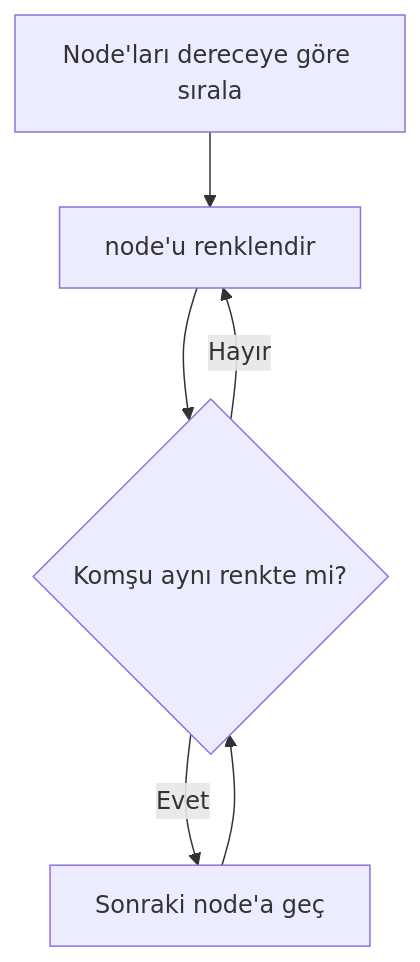
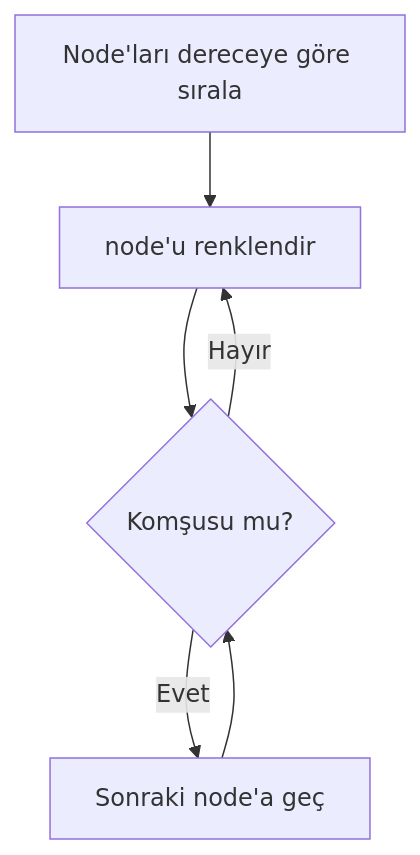
One commit to sertcozdemir/sosyal_graph_proje changed the fifth of 5 diagrams in README.md. Above: the diagram before and after it, drawn with Mermaid.

````diff
--- a/README.md
+++ b/README.md
@@ -96,9 +96,9 @@
 ```mermaid
 flowchart TD
     A[Node'ları dereceye göre sırala]
     A --> B[ node'u renklendir]
-    B --> C{Komşu aynı renkte mi?}
+    B --> C{Komşusu  mu?}
     C -->|Hayır| B
     C -->|Evet| D[Sonraki node'a geç]
     D --> C
 ```
````
